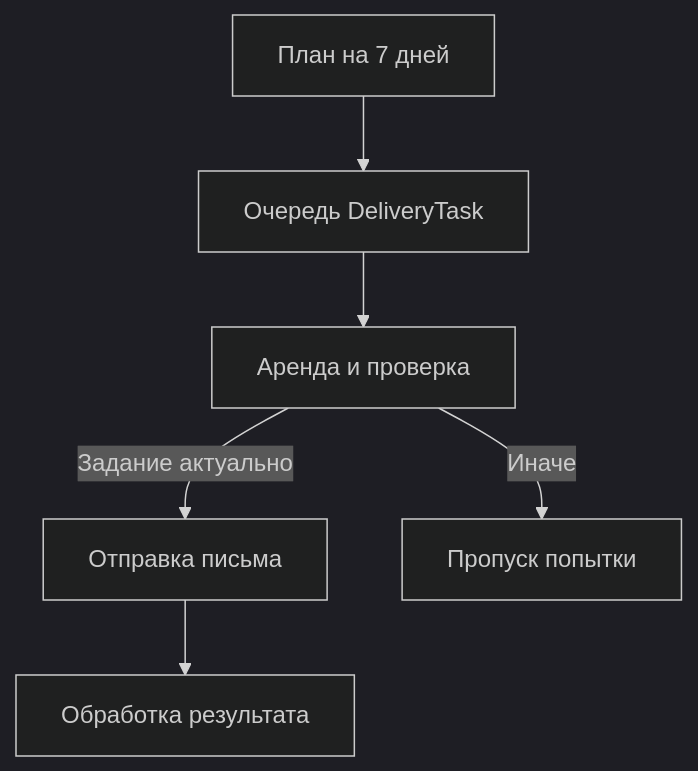
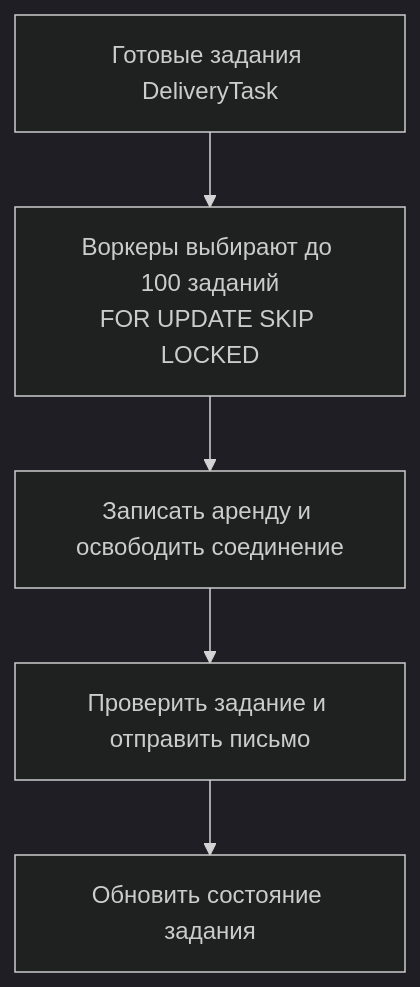
The fifth of 5 diagrams in README.md (Klumaks/Highload_Google_Calendar), drawn with Mermaid (dark theme) before and after one commit. The commit also changed other lines of this file, not shown here.

````diff
--- a/README.md
+++ b/README.md
@@ -939,8 +884,7 @@
 ```mermaid
 flowchart TB
-    A["План на 7 дней"] --> B["Очередь DeliveryTask"]
-    B --> C["Аренда и проверка"]
-    C -->|"Задание актуально"| D["Отправка письма"]
-    C -->|"Иначе"| E["Пропуск попытки"]
-    D --> F["Обработка результата"]
+    A["Готовые задания DeliveryTask"] --> B["Воркеры выбирают до 100 заданий<br/>FOR UPDATE SKIP LOCKED"]
+    B --> C["Записать аренду и освободить соединение"]
+    C --> D["Проверить задание и отправить письмо"]
+    D --> E["Обновить состояние задания"]
 ```
````
